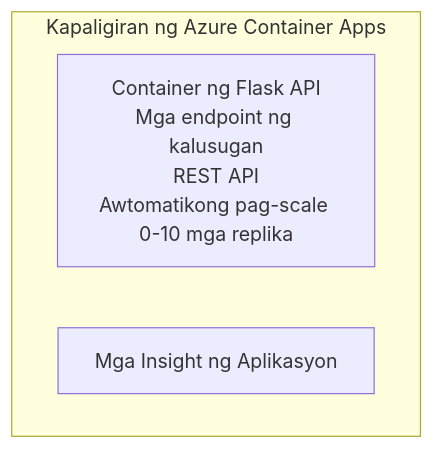
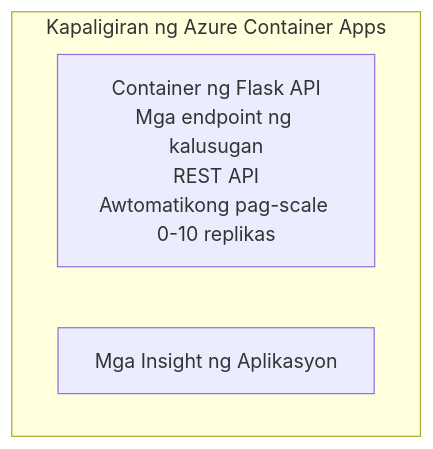
The diagram in translations/tl/examples/container-app/simple-flask-api/README.md (microsoft/AZD-for-beginners), drawn with Mermaid before and after one commit. The commit also changed other lines of this file and 104 other files, not shown here.

````diff
--- a/translations/tl/examples/container-app/simple-flask-api/README.md
+++ b/translations/tl/examples/container-app/simple-flask-api/README.md
@@ -26,7 +26,7 @@
 ```mermaid
 graph TD
     subgraph ACA[Kapaligiran ng Azure Container Apps]
-        Flask[Container ng Flask API<br/>Mga endpoint ng kalusugan<br/>REST API<br/>Awtomatikong pag-scale 0-10 mga replika]
+        Flask[Container ng Flask API<br/>Mga endpoint ng kalusugan<br/>REST API<br/>Awtomatikong pag-scale 0-10 replikas]
         AppInsights[Mga Insight ng Aplikasyon]
     end
 ```
````
